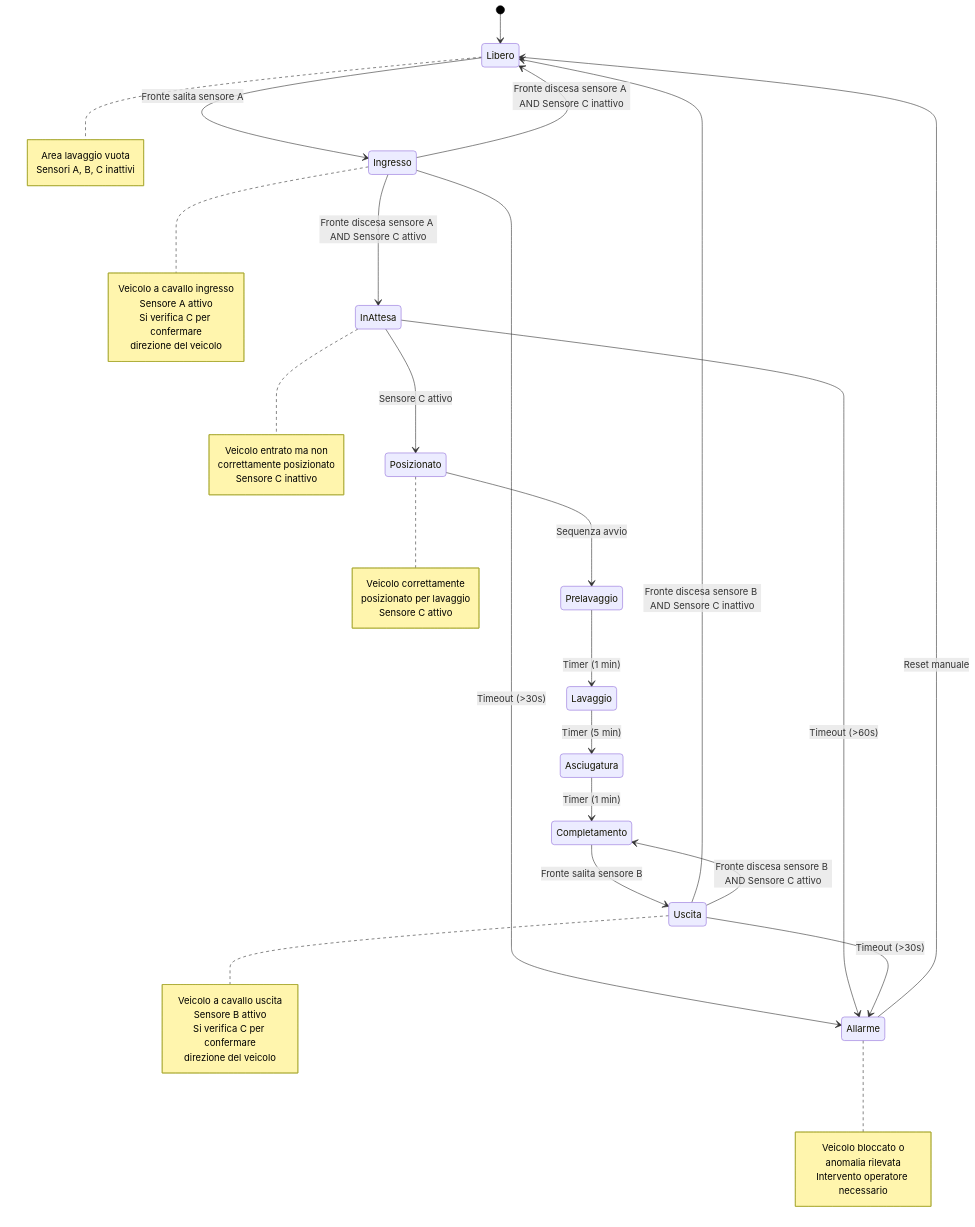
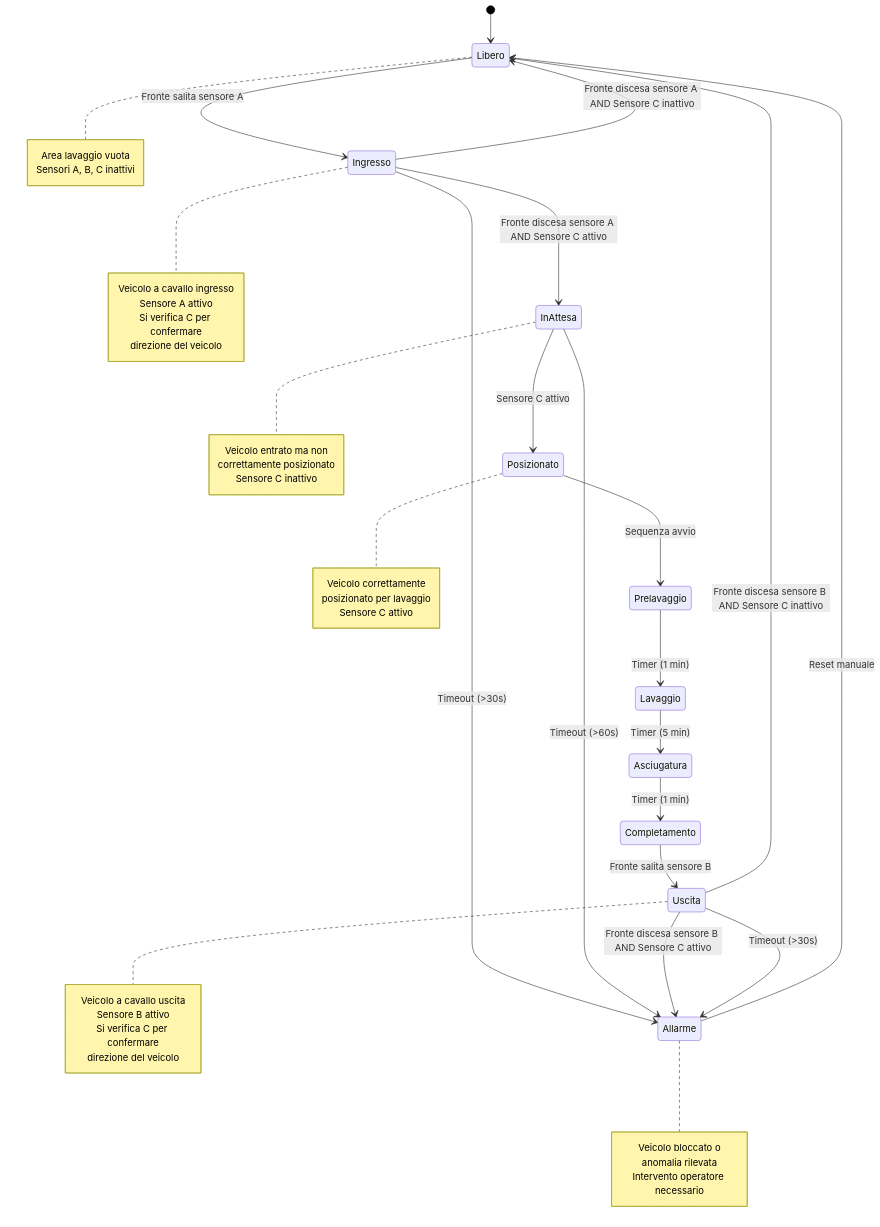
The diagram in autolavaggio.md (sebastianomelita/ArduinoBareMetal), drawn with Mermaid before and after one commit.

````diff
--- a/autolavaggio.md
+++ b/autolavaggio.md
@@ -40,64 +40,63 @@
 ```mermaid
 %%{init: {'theme': 'default', 'themeVariables': { 'primaryColor': '#ffffff', 'primaryTextColor': '#000000', 'primaryBorderColor': '#000000', 'lineColor': '#000000', 'secondaryColor': '#f4f4f4', 'tertiaryColor': '#ffffff' }}}%%
 stateDiagram-v2
-
     [*] --> Libero
     
     Libero --> Ingresso: Fronte salita sensore A
     Ingresso --> InAttesa: Fronte discesa sensore A AND Sensore C attivo
     Ingresso --> Libero: Fronte discesa sensore A AND Sensore C inattivo
     Ingresso --> Allarme: Timeout (>30s)
     
     InAttesa --> Posizionato: Sensore C attivo
     InAttesa --> Allarme: Timeout (>60s)
     
     Posizionato --> Prelavaggio: Sequenza avvio
     
     Prelavaggio --> Lavaggio: Timer (1 min)
     Lavaggio --> Asciugatura: Timer (5 min)
     Asciugatura --> Completamento: Timer (1 min)
     
     Completamento --> Uscita: Fronte salita sensore B
     Uscita --> Libero: Fronte discesa sensore B AND Sensore C inattivo
-    Uscita --> Completamento: Fronte discesa sensore B AND Sensore C attivo
+    Uscita --> Allarme: Fronte discesa sensore B AND Sensore C attivo
     Uscita --> Allarme: Timeout (>30s)
     
     Allarme --> Libero: Reset manuale
     
     note right of Libero
         Area lavaggio vuota
         Sensori A, B, C inattivi
     end note
     
     note right of Ingresso
         Veicolo a cavallo ingresso
         Sensore A attivo
         Si verifica C per confermare
         direzione del veicolo
     end note
     
     note right of InAttesa
         Veicolo entrato ma non
         correttamente posizionato
         Sensore C inattivo
     end note
     
     note right of Posizionato
         Veicolo correttamente 
         posizionato per lavaggio
         Sensore C attivo
     end note
     
     note right of Uscita
         Veicolo a cavallo uscita
         Sensore B attivo
         Si verifica C per confermare
         direzione del veicolo
     end note
     
     note right of Allarme
         Veicolo bloccato o
         anomalia rilevata
         Intervento operatore necessario
     end note
 ```
````
